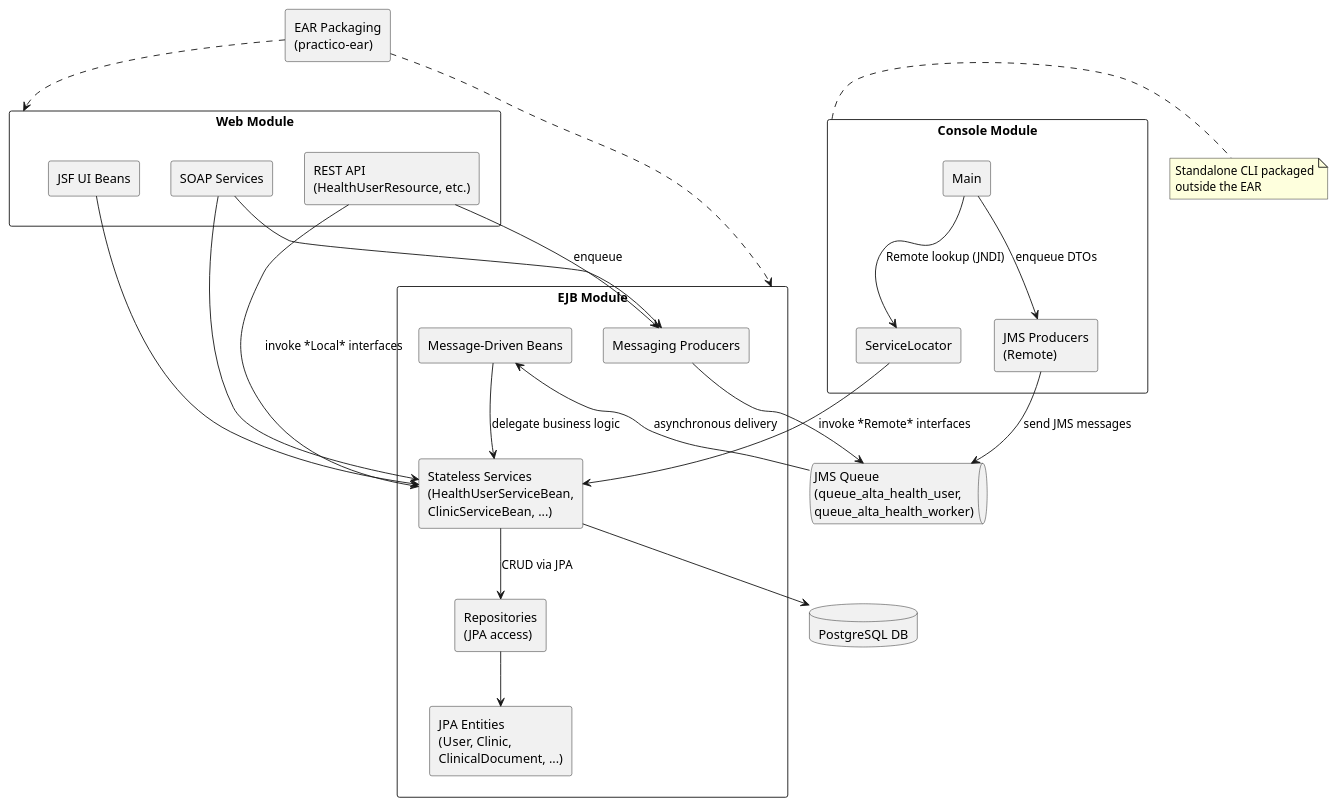
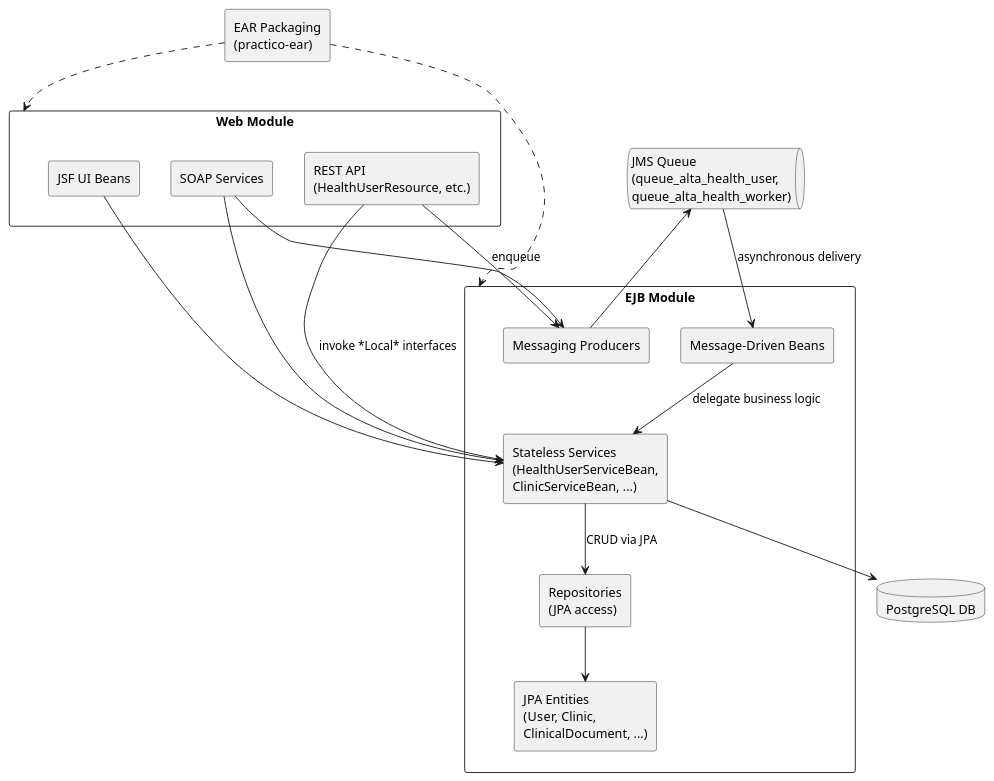
One commit to JoaquinCampo/HCEN changed the diagram in docs/uml/component-architecture.puml. Above: the diagram before and after it, drawn with PlantUML. The commit also changed 114 other files, not shown here.

```diff
--- a/docs/uml/component-architecture.puml
+++ b/docs/uml/component-architecture.puml
@@ -1,57 +1,42 @@
 @startuml ComponentArchitecture
 skinparam componentStyle rectangle
 skinparam wrapWidth 200
 skinparam maxMessageSize 200
 skinparam packageStyle rectangle
-
-package "Console Module" as Console {
-  component "Main" as ConsoleMain
-  component "ServiceLocator" as ConsoleLocator
-  component "JMS Producers\n(Remote)" as ConsoleJms
-}
-
-note right of Console
-  Standalone CLI packaged outside the EAR
-end note
 
 package "Web Module" as Web {
   component "REST API\n(HealthUserResource, etc.)" as RestApi
   component "SOAP Services" as SoapServices
   component "JSF UI Beans" as JsfBeans
 }
 
 package "EJB Module" as Ejb {
   component "Stateless Services\n(HealthUserServiceBean, ClinicServiceBean, ...)" as EjbServices
   component "Repositories\n(JPA access)" as EjbRepositories
   component "Messaging Producers" as EjbProducers
   component "Message-Driven Beans" as EjbMdbs
   component "JPA Entities\n(User, Clinic, ClinicalDocument, ...)" as EjbEntities
 }
 
 database "PostgreSQL DB" as Database
 queue "JMS Queue\n(queue_alta_health_user, queue_alta_health_worker)" as Queue
 component "EAR Packaging\n(practico-ear)" as Ear
 
-ConsoleMain --> ConsoleLocator : Remote lookup (JNDI)
-ConsoleLocator --> EjbServices : invoke *Remote* interfaces
-ConsoleMain --> ConsoleJms : enqueue DTOs
-ConsoleJms --> Queue : send JMS messages
-
 RestApi --> EjbServices : invoke *Local* interfaces
 SoapServices --> EjbServices
 JsfBeans --> EjbServices
 RestApi --> EjbProducers : enqueue
 SoapServices --> EjbProducers
 
 EjbServices --> EjbRepositories : CRUD via JPA
 EjbRepositories --> EjbEntities
 EjbServices --> Database
 
 EjbProducers --> Queue
 Queue --> EjbMdbs : asynchronous delivery
 EjbMdbs --> EjbServices : delegate business logic
 
 Ear .down.> Web
 Ear .down.> Ejb
 
 @enduml
```
